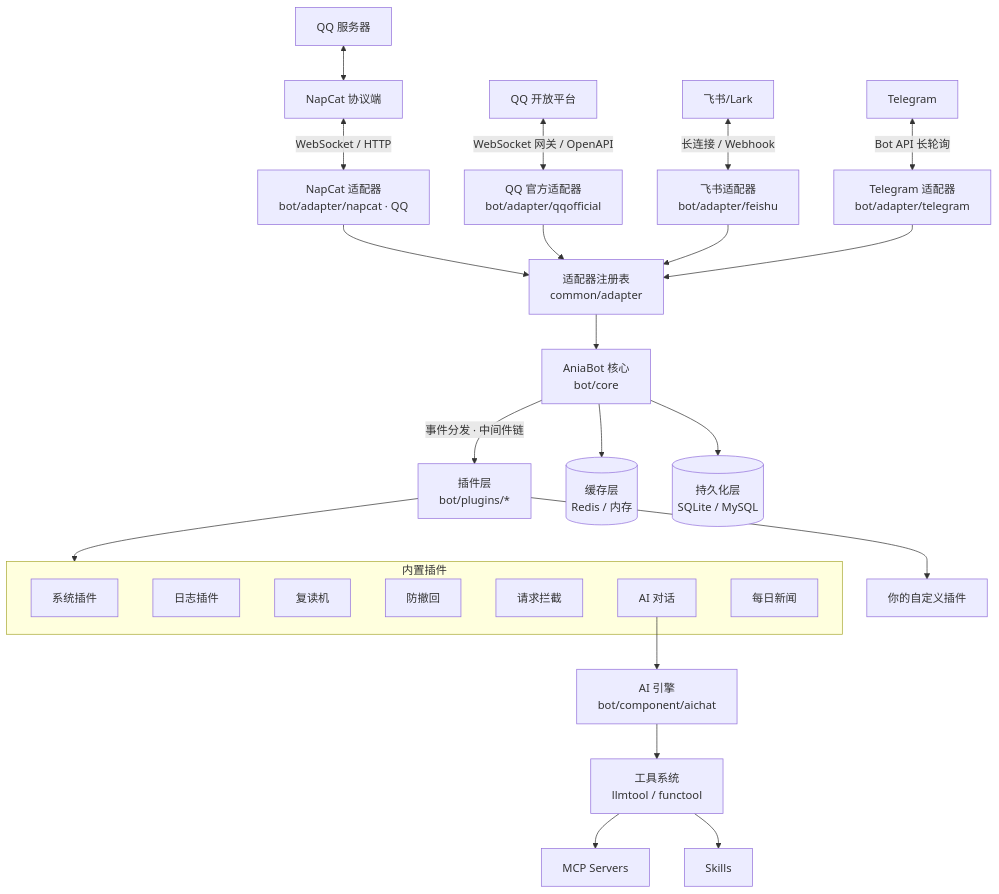
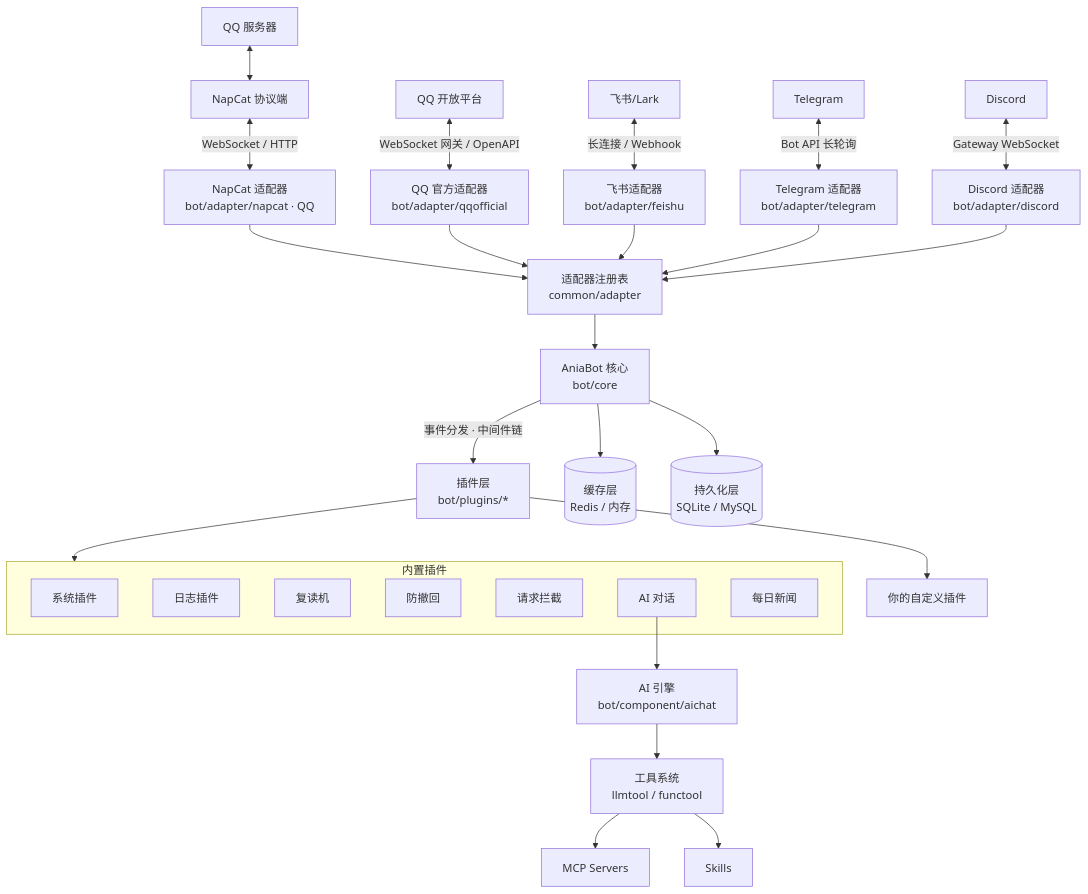
Before and after one commit to jeanhua/AniaBot: the diagram in docs/guide/introduction.md, drawn with Mermaid. The commit also changed other lines of this file and 33 other files, not shown here.

````diff
--- a/docs/guide/introduction.md
+++ b/docs/guide/introduction.md
@@ -23,35 +23,37 @@
 ```mermaid
 flowchart TB
     QQ[QQ 服务器] <--> NapCat[NapCat 协议端]
     NapCat <-->|WebSocket / HTTP| NAdapter[NapCat 适配器<br/>bot/adapter/napcat · QQ]
     QQOfficial[QQ 开放平台] <-->|WebSocket 网关 / OpenAPI| QAdapter[QQ 官方适配器<br/>bot/adapter/qqofficial]
     Feishu[飞书/Lark] <-->|长连接 / Webhook| FAdapter[飞书适配器<br/>bot/adapter/feishu]
     Telegram[Telegram] <-->|Bot API 长轮询| TAdapter[Telegram 适配器<br/>bot/adapter/telegram]
+    Discord[Discord] <-->|Gateway WebSocket| DAdapter[Discord 适配器<br/>bot/adapter/discord]
     NAdapter --> Registry[适配器注册表<br/>common/adapter]
     QAdapter --> Registry
     FAdapter --> Registry
     TAdapter --> Registry
+    DAdapter --> Registry
     Registry --> Core[AniaBot 核心<br/>bot/core]
     Core -->|事件分发 · 中间件链| Plugins[插件层<br/>bot/plugins/*]
 
     subgraph BuiltIn[内置插件]
         Sys[系统插件]
         Log[日志插件]
         Repeat[复读机]
         Anti[防撤回]
         Interceptor[请求拦截]
         AI[AI 对话]
         News[每日新闻]
     end
 
     Plugins --> BuiltIn
     Plugins --> Custom[你的自定义插件]
 
     AI --> Engine[AI 引擎<br/>bot/component/aichat]
     Engine --> Tools[工具系统<br/>llmtool / functool]
     Tools --> MCP[MCP Servers]
     Tools --> Skills[Skills]
 
     Core --> Cache[(缓存层<br/>Redis / 内存)]
     Core --> Store[(持久化层<br/>SQLite / MySQL)]
 ```
````
